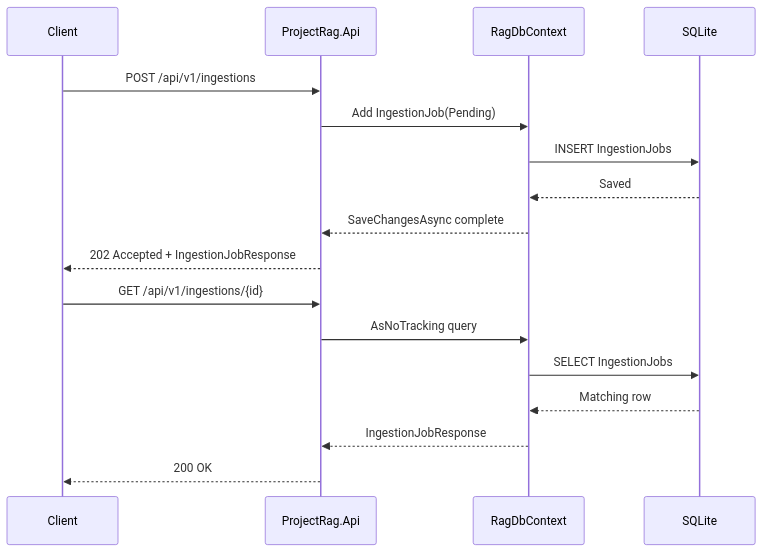
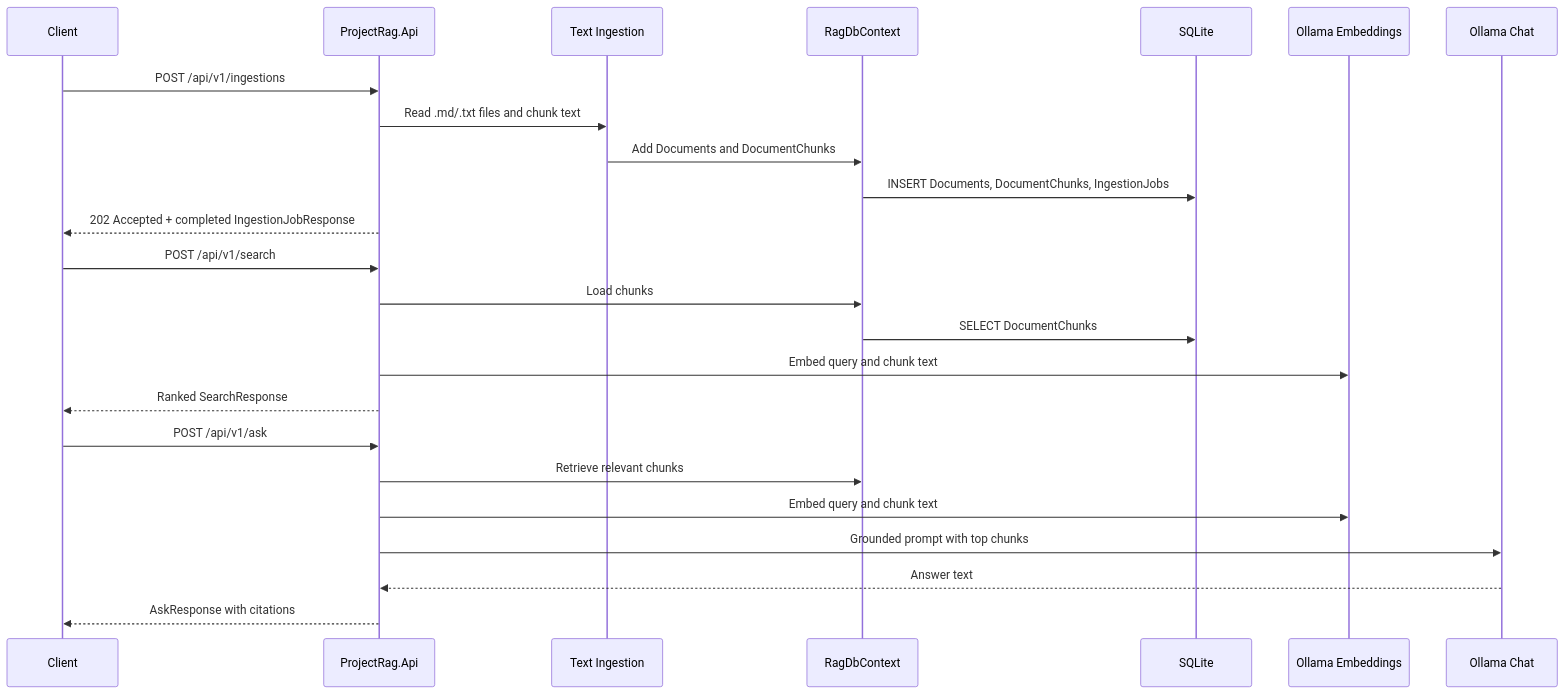
The third of 3 diagrams in docs/ARCHITECTURE.md (RegainFlow/ProjectRag), drawn with Mermaid before and after one commit. The commit also changed other lines of this file and 41 other files, not shown here.

````diff
--- a/docs/ARCHITECTURE.md
+++ b/docs/ARCHITECTURE.md
@@ -176,21 +179,29 @@
 ```mermaid
 sequenceDiagram
     participant Client
     participant API as ProjectRag.Api
+    participant Ingest as Text Ingestion
     participant EF as RagDbContext
     participant DB as SQLite
+    participant Embed as Ollama Embeddings
+    participant Chat as Ollama Chat
 
     Client->>API: POST /api/v1/ingestions
-    API->>EF: Add IngestionJob(Pending)
-    EF->>DB: INSERT IngestionJobs
-    DB-->>EF: Saved
-    EF-->>API: SaveChangesAsync complete
-    API-->>Client: 202 Accepted + IngestionJobResponse
+    API->>Ingest: Read .md/.txt files and chunk text
+    Ingest->>EF: Add Documents and DocumentChunks
+    EF->>DB: INSERT Documents, DocumentChunks, IngestionJobs
+    API-->>Client: 202 Accepted + completed IngestionJobResponse
 
-    Client->>API: GET /api/v1/ingestions/{id}
-    API->>EF: AsNoTracking query
-    EF->>DB: SELECT IngestionJobs
-    DB-->>EF: Matching row
-    EF-->>API: IngestionJobResponse
-    API-->>Client: 200 OK
+    Client->>API: POST /api/v1/search
+    API->>EF: Load chunks
+    EF->>DB: SELECT DocumentChunks
+    API->>Embed: Embed query and chunk text
+    API-->>Client: Ranked SearchResponse
+
+    Client->>API: POST /api/v1/ask
+    API->>EF: Retrieve relevant chunks
+    API->>Embed: Embed query and chunk text
+    API->>Chat: Grounded prompt with top chunks
+    Chat-->>API: Answer text
+    API-->>Client: AskResponse with citations
 ```
````
